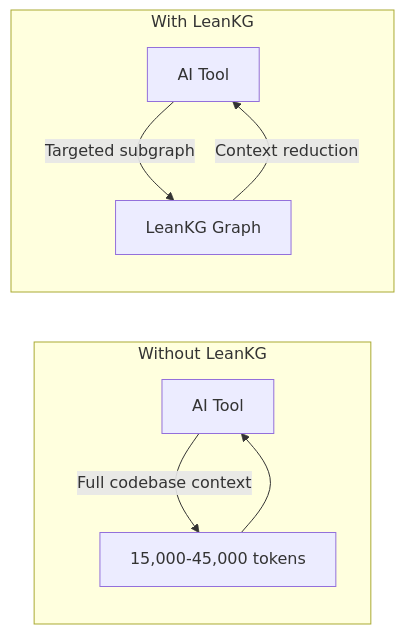
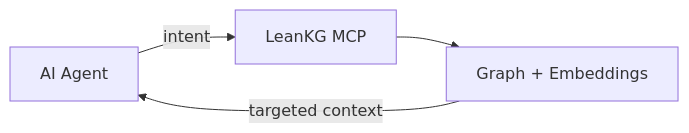
The diagram in README.md (FreePeak/LeanKG), drawn with Mermaid before and after one commit. The commit also changed other lines of this file and 7 other files, not shown here.

````diff
--- a/README.md
+++ b/README.md
@@ -457,12 +169,6 @@
 ```mermaid
 graph LR
-    subgraph "Without LeanKG"
-        A1[AI Tool] -->|Full codebase context| B1[15,000-45,000 tokens]
-        B1 --> A1
-    end
-
-    subgraph "With LeanKG"
-        A2[AI Tool] -->|Targeted subgraph| C[LeanKG Graph]
-        C -->|Context reduction| A2
-    end
+    A[AI Agent] -->|intent| B[LeanKG MCP]
+    B --> C[Graph + Embeddings]
+    C -->|targeted context| A
 ```
````
